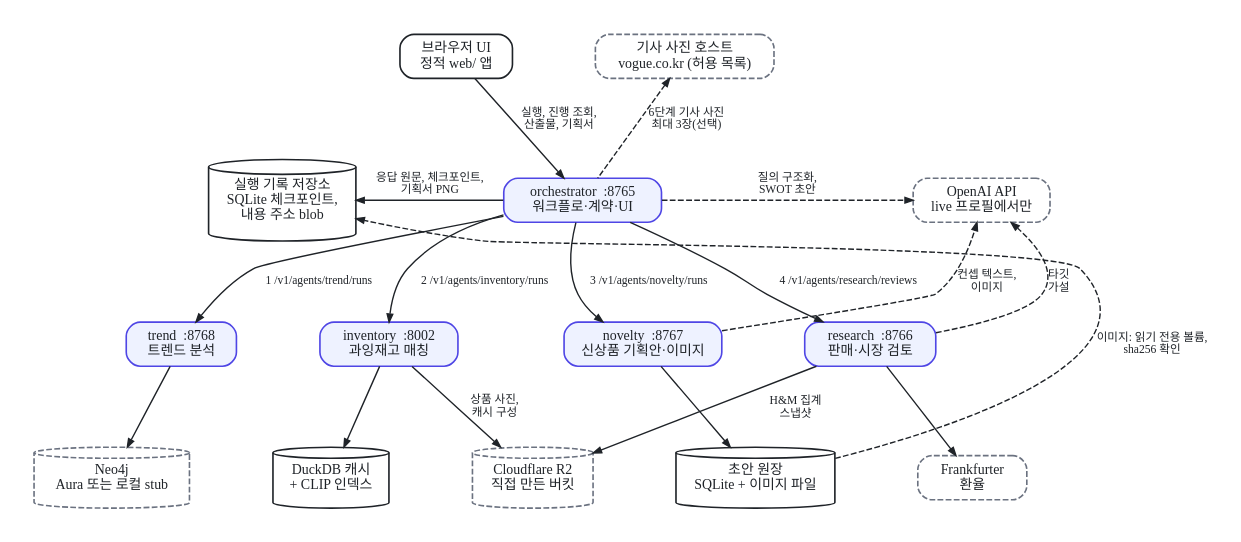
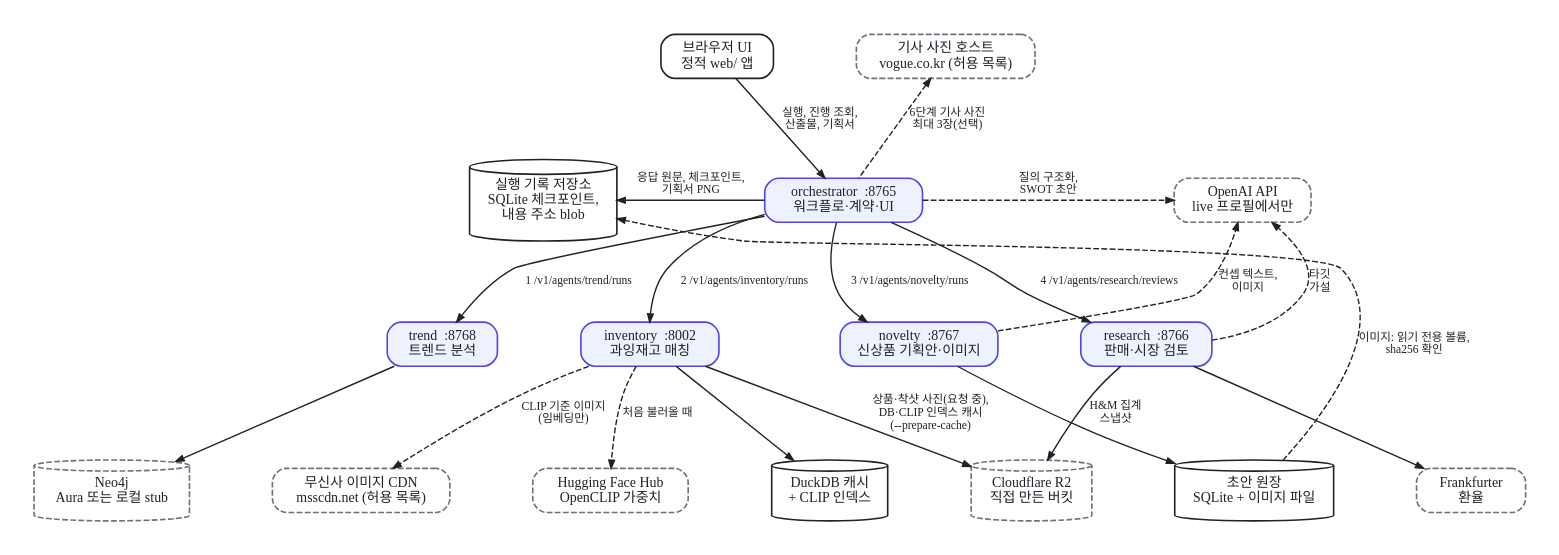
The diagram in docs/diagrams/src/system.dot (KG-RAG-02/fashion-planner-orchestrator), drawn with Graphviz before and after one commit. The commit also changed 13 other files, not shown here.

First line of the commit message:
docs: inventory 교차 검토 반영 — 무신사 이미지 CDN·모델 가중치 연결, R2 사용 정정, 근거 줄 보정

```diff
--- a/docs/diagrams/src/system.dot
+++ b/docs/diagrams/src/system.dot
@@ -1,60 +1,64 @@
 // 시스템 전체: 다섯 서비스, 각자의 저장소, 호출하는 외부 시스템.
 // DIAGRAM-STYLE 라이트 팔레트로 쓰고, scripts/render_diagrams.sh가 색을 바꿔 다크 버전을 만든다.
 // 모든 노드와 엣지의 근거(file:line)는 docs/diagrams/CLAIMS.md에 있다.
 digraph system {
   graph [rankdir=TB, bgcolor="#ffffff", fontname="Pretendard", fontcolor="#1f2328", fontsize=12,
          nodesep=0.5, ranksep=0.65, pad=0.3, newrank=true];
   node  [fontname="Pretendard", fontsize=12, fontcolor="#1f2328", color="#1f2328", penwidth=1.4, margin="0.2,0.08"];
   edge  [fontname="Pretendard", fontsize=10, fontcolor="#1f2328", color="#1f2328", penwidth=1.2, arrowsize=0.7];
 
   // 서비스
   node [shape=box, style="rounded,filled", fillcolor="#eef2ff", color="#4f46e5"];
   orch  [label="orchestrator  :8765\n워크플로·계약·UI"];
   trend [label="trend  :8768\n트렌드 분석"];
   inv   [label="inventory  :8002\n과잉재고 매칭"];
   nov   [label="novelty  :8767\n신상품 기획안·이미지"];
   res   [label="research  :8766\n판매·시장 검토"];
 
   // 클라이언트와 자체 저장소
   ui     [label="브라우저 UI\n정적 web/ 앱", shape=box, style="rounded", fillcolor="", color="#1f2328"];
   store  [label="실행 기록 저장소\nSQLite 체크포인트,\n내용 주소 blob", shape=cylinder, style="", color="#1f2328"];
   duck   [label="DuckDB 캐시\n+ CLIP 인덱스", shape=cylinder, style="", color="#1f2328"];
   ledger [label="초안 원장\nSQLite + 이미지 파일", shape=cylinder, style="", color="#1f2328"];
 
   // 외부 시스템(점선): 계정과 데이터는 직접 준비한다
   node [style="dashed", color="#6b7280", fillcolor=""];
   neo4j  [label="Neo4j\nAura 또는 로컬 stub", shape=cylinder];
   r2     [label="Cloudflare R2\n직접 만든 버킷", shape=cylinder];
   fx     [label="Frankfurter\n환율", shape=box, style="rounded,dashed"];
   openai [label="OpenAI API\nlive 프로필에서만", shape=box, style="rounded,dashed"];
   photo  [label="기사 사진 호스트\nvogue.co.kr (허용 목록)", shape=box, style="rounded,dashed"];
+  cdn    [label="무신사 이미지 CDN\nmsscdn.net (허용 목록)", shape=box, style="rounded,dashed"];
+  hf     [label="Hugging Face Hub\nOpenCLIP 가중치", shape=box, style="rounded,dashed"];
 
   // 층(위→아래)과 층 안의 순서
   { rank=same; ui; photo; }
   { rank=same; store; orch; openai; }
   { rank=same; trend; inv; nov; res; }
-  { rank=same; neo4j; duck; r2; ledger; fx; }
+  { rank=same; neo4j; cdn; hf; duck; r2; ledger; fx; }
   edge [style=invis];
-  ui -> photo; store -> orch -> openai; trend -> inv -> nov -> res; neo4j -> duck -> r2 -> ledger -> fx;
+  ui -> photo; store -> orch -> openai; trend -> inv -> nov -> res; neo4j -> cdn -> hf -> duck -> r2 -> ledger -> fx;
   edge [style=solid];
 
   ui -> orch [label=" 실행, 진행 조회,\n 산출물, 기획서"];
   orch -> store [label="응답 원문, 체크포인트,\n기획서 PNG", constraint=false];
   photo -> orch [label="6단계 기사 사진\n최대 3장(선택)", style=dashed, dir=back];
 
   orch -> trend [label="1 /v1/agents/trend/runs"];
   orch -> inv   [label="2 /v1/agents/inventory/runs"];
   orch -> nov   [label="3 /v1/agents/novelty/runs"];
   orch -> res   [label="4 /v1/agents/research/reviews"];
 
   trend -> neo4j;
   inv   -> duck;
-  inv   -> r2     [label="상품 사진,\n캐시 구성"];
+  inv   -> r2     [label="상품·착샷 사진(요청 중),\nDB·CLIP 인덱스 캐시\n(--prepare-cache)"];
+  inv   -> cdn    [label="CLIP 기준 이미지\n(임베딩만)", style=dashed];
+  inv   -> hf     [label="처음 불러올 때", style=dashed];
   nov   -> ledger;
   nov   -> openai [label="컨셉 텍스트,\n이미지", style=dashed];
   res   -> openai [label="타깃\n가설", style=dashed];
   res   -> fx;
   res   -> r2     [taillabel="H&M 집계\n스냅샷", labeldistance=4, labelangle=42];
   ledger -> store [label="이미지: 읽기 전용 볼륨,\nsha256 확인", style=dashed, constraint=false];
   orch  -> openai [label="질의 구조화,\nSWOT 초안", style=dashed, constraint=false];
 }
```
